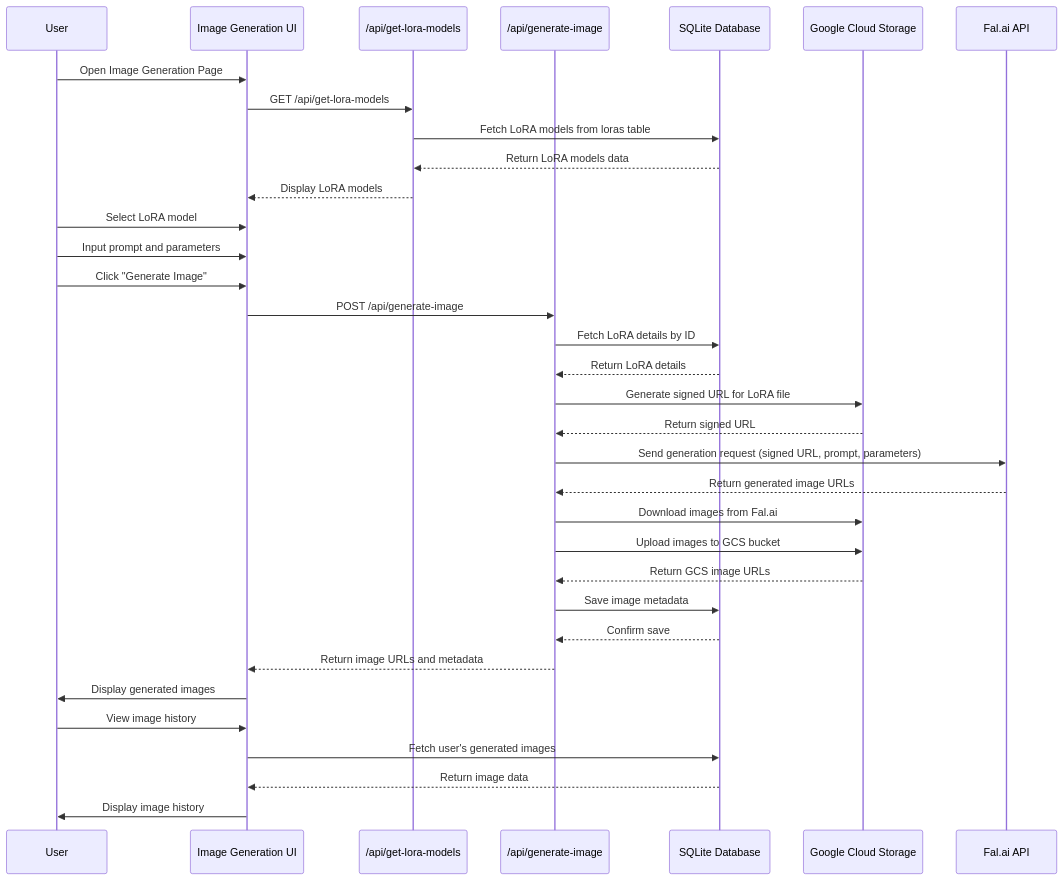
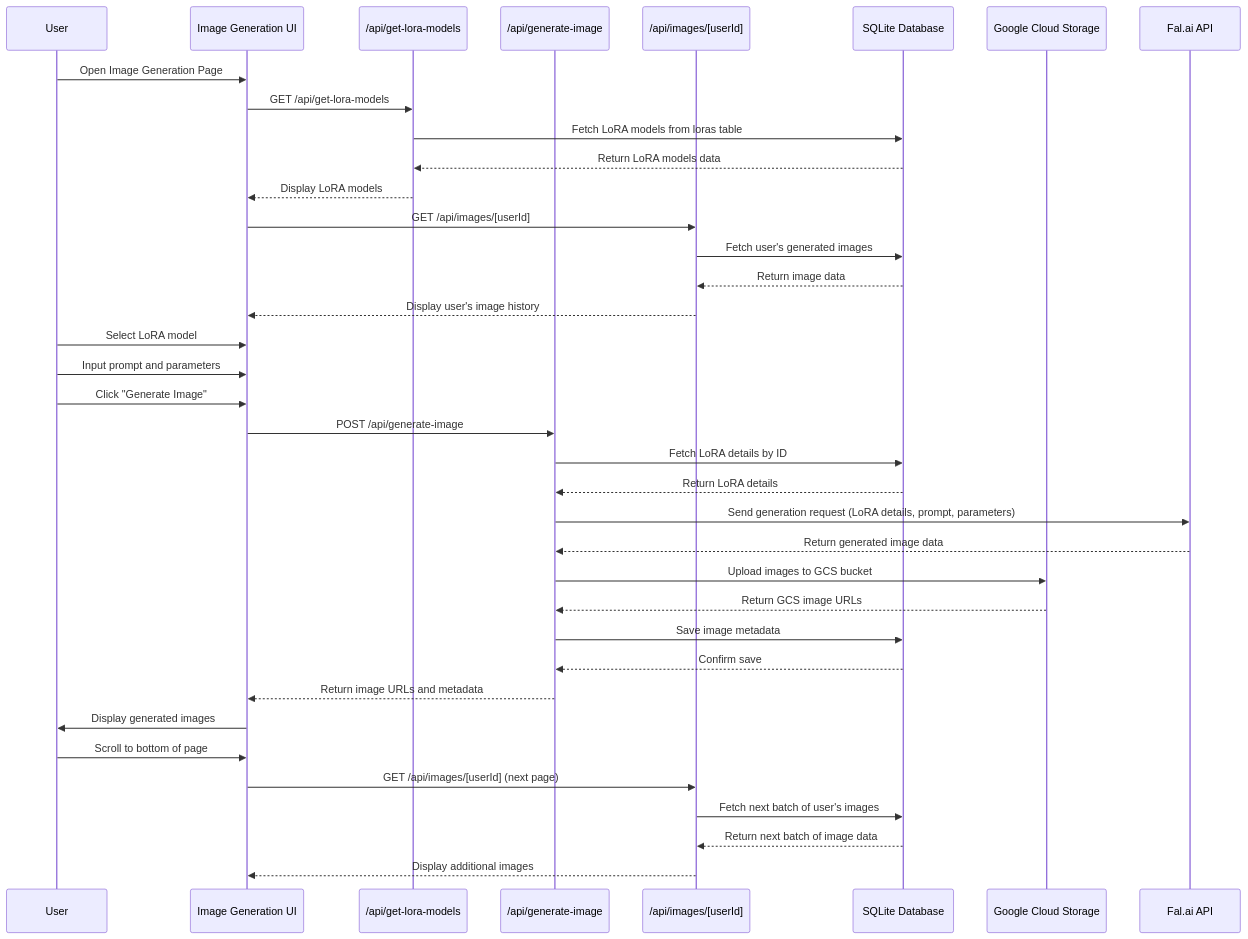
The diagram in _specs/img-generation/img-generation-sequence-diagram.md (misterfancysocks/img-model-training-experiment), drawn with Mermaid before and after one commit. The commit also changed 18 other files, not shown here.

````diff
--- a/_specs/img-generation/img-generation-sequence-diagram.md
+++ b/_specs/img-generation/img-generation-sequence-diagram.md
@@ -1,39 +1,43 @@
 ```mermaid
 sequenceDiagram
     participant User
     participant UI as Image Generation UI
     participant GetLoras as /api/get-lora-models
     participant GenImage as /api/generate-image
+    participant GetImages as /api/images/[userId]
     participant DB as SQLite Database
     participant GCS as Google Cloud Storage
     participant Fal as Fal.ai API
 
     User->>UI: Open Image Generation Page
     UI->>GetLoras: GET /api/get-lora-models
     GetLoras->>DB: Fetch LoRA models from loras table
     DB-->>GetLoras: Return LoRA models data
     GetLoras-->>UI: Display LoRA models
 
+    UI->>GetImages: GET /api/images/[userId]
+    GetImages->>DB: Fetch user's generated images
+    DB-->>GetImages: Return image data
+    GetImages-->>UI: Display user's image history
+
     User->>UI: Select LoRA model
     User->>UI: Input prompt and parameters
     User->>UI: Click "Generate Image"
     UI->>GenImage: POST /api/generate-image
     GenImage->>DB: Fetch LoRA details by ID
     DB-->>GenImage: Return LoRA details
-    GenImage->>GCS: Generate signed URL for LoRA file
-    GCS-->>GenImage: Return signed URL
-    GenImage->>Fal: Send generation request (signed URL, prompt, parameters)
-    Fal-->>GenImage: Return generated image URLs
-    GenImage->>GCS: Download images from Fal.ai
+    GenImage->>Fal: Send generation request (LoRA details, prompt, parameters)
+    Fal-->>GenImage: Return generated image data
     GenImage->>GCS: Upload images to GCS bucket
     GCS-->>GenImage: Return GCS image URLs
     GenImage->>DB: Save image metadata
     DB-->>GenImage: Confirm save
     GenImage-->>UI: Return image URLs and metadata
     UI->>User: Display generated images
 
-    User->>UI: View image history
-    UI->>DB: Fetch user's generated images
-    DB-->>UI: Return image data
-    UI->>User: Display image history
+    User->>UI: Scroll to bottom of page
+    UI->>GetImages: GET /api/images/[userId] (next page)
+    GetImages->>DB: Fetch next batch of user's images
+    DB-->>GetImages: Return next batch of image data
+    GetImages-->>UI: Display additional images
 ```
````
